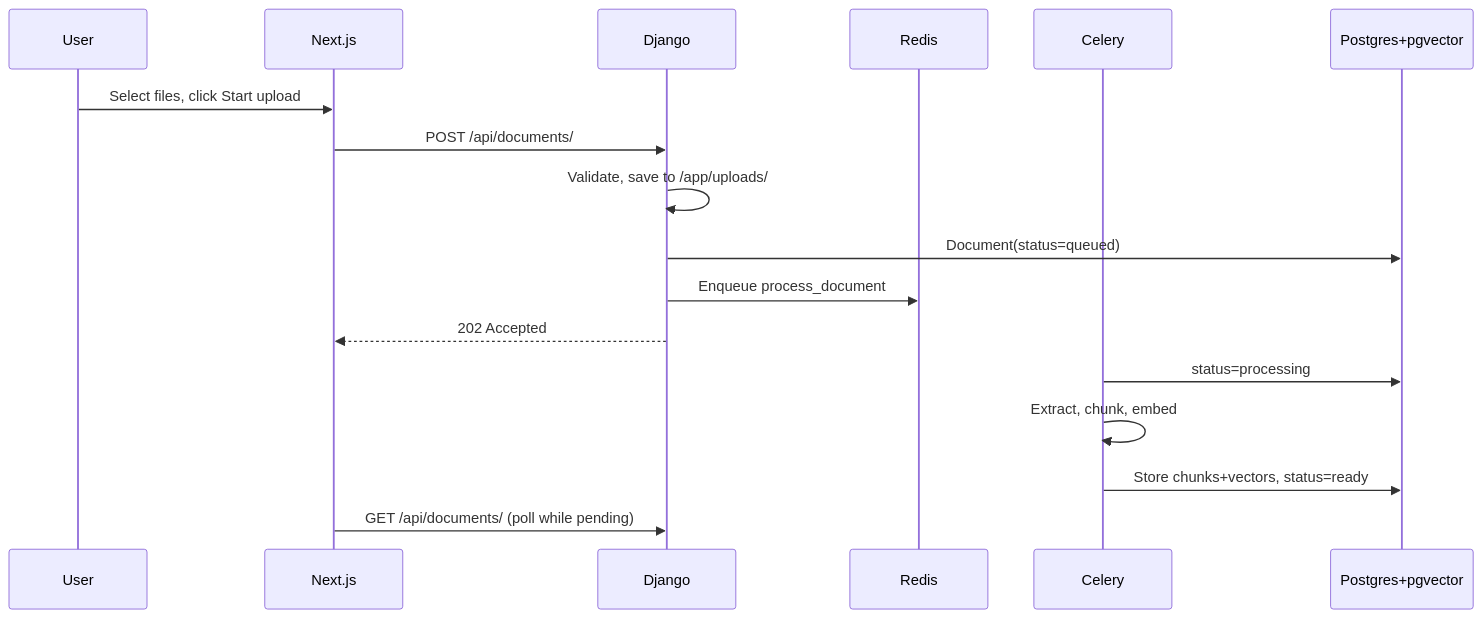
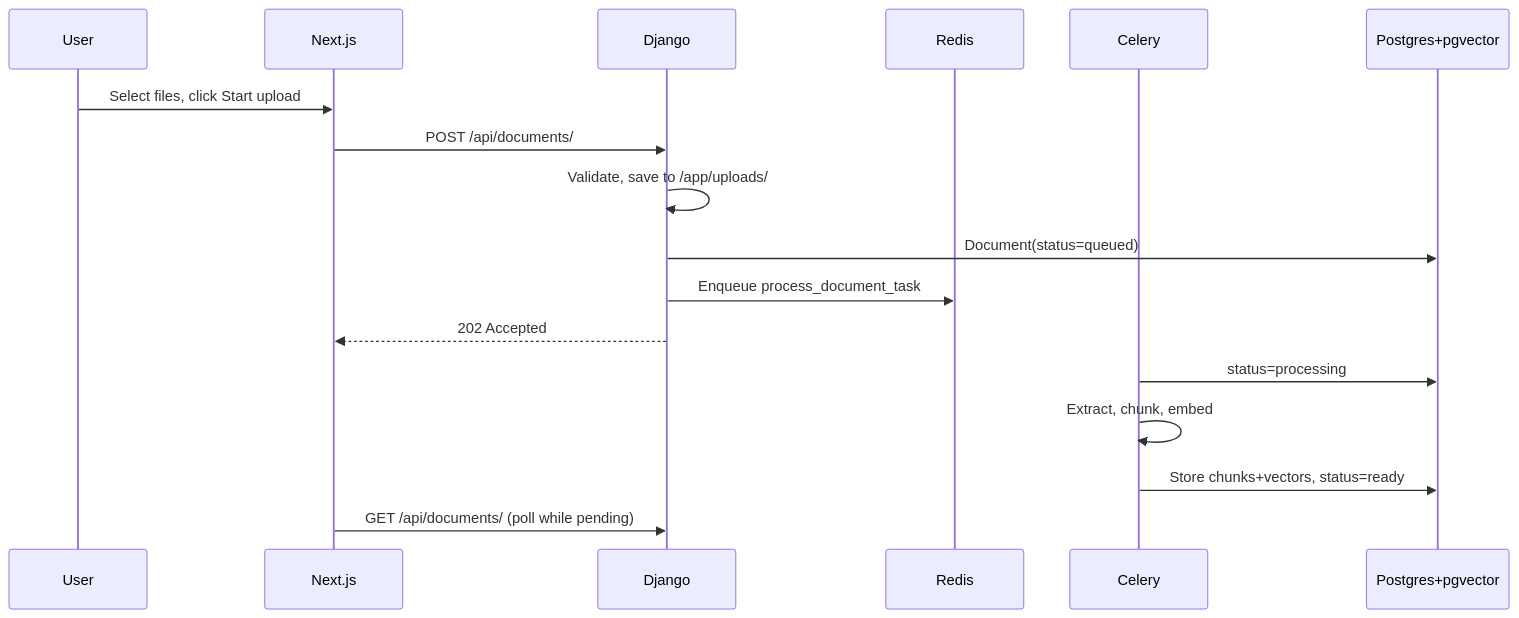
Before and after one commit to danielbrianjohnson/qflow-doc-search: the first of 2 diagrams in docs/architecture.md, drawn with Mermaid. The commit also changed 8 other files, not shown here.

Commit message:
Consolidate process_document, use gunicorn, add npm lockfile

````diff
--- a/docs/architecture.md
+++ b/docs/architecture.md
@@ -37,21 +37,21 @@
 ```mermaid
 sequenceDiagram
     participant User
     participant UI as Next.js
     participant API as Django
     participant Redis
     participant Worker as Celery
     participant DB as Postgres+pgvector
 
     User->>UI: Select files, click Start upload
     UI->>API: POST /api/documents/
     API->>API: Validate, save to /app/uploads/
     API->>DB: Document(status=queued)
-    API->>Redis: Enqueue process_document
+    API->>Redis: Enqueue process_document_task
     API-->>UI: 202 Accepted
 
     Worker->>DB: status=processing
     Worker->>Worker: Extract, chunk, embed
     Worker->>DB: Store chunks+vectors, status=ready
     UI->>API: GET /api/documents/ (poll while pending)
 ```
````
